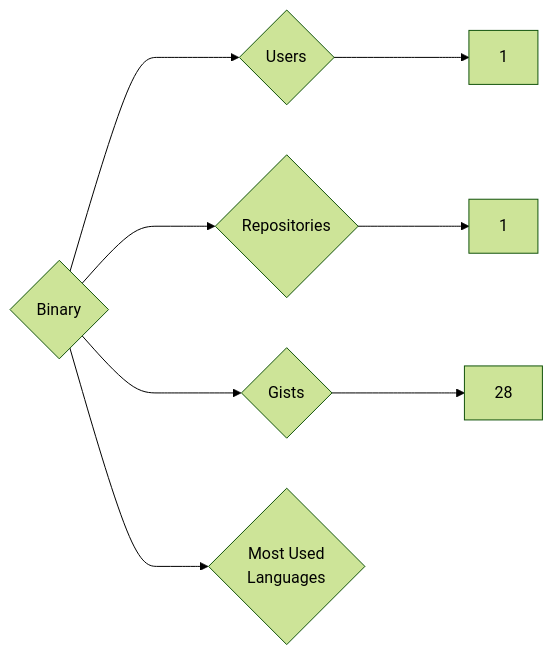
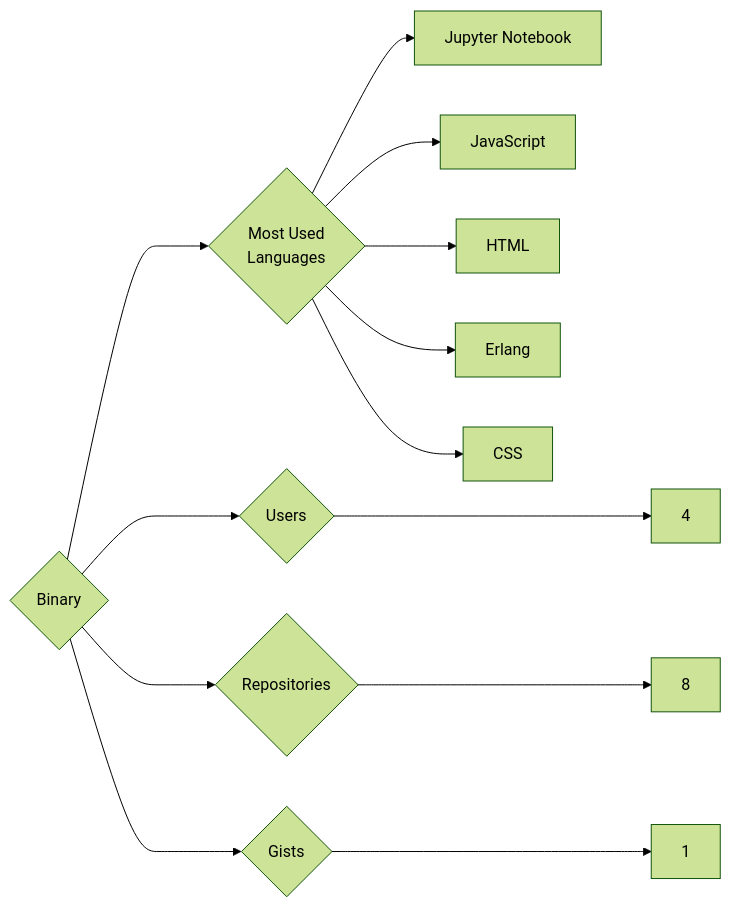
Before and after one commit to trickest/insiders: the diagram in targets/Binary/README.md, drawn with Mermaid (forest theme). The commit also changed 861 other files, not shown here.

````diff
--- a/targets/Binary/README.md
+++ b/targets/Binary/README.md
@@ -3,8 +3,13 @@
 ```mermaid
 graph LR
 COMPANY_NAME{Binary}
-COMPANY_NAME ---> U{Users} ---> UN[1]
-COMPANY_NAME ---> R{Repositories} ---> RN[1]
-COMPANY_NAME ---> G{Gists} ---> GN[28]
+COMPANY_NAME ---> U{Users} ---> UN[4]
+COMPANY_NAME ---> R{Repositories} ---> RN[8]
+COMPANY_NAME ---> G{Gists} ---> GN[1]
 COMPANY_NAME ---> ML{Most Used<br>Languages}
+ML --> Jupyter_Notebook[Jupyter Notebook]
+ML --> JavaScript[JavaScript]
+ML --> HTML[HTML]
+ML --> Erlang[Erlang]
+ML --> CSS[CSS]
 ```
````
